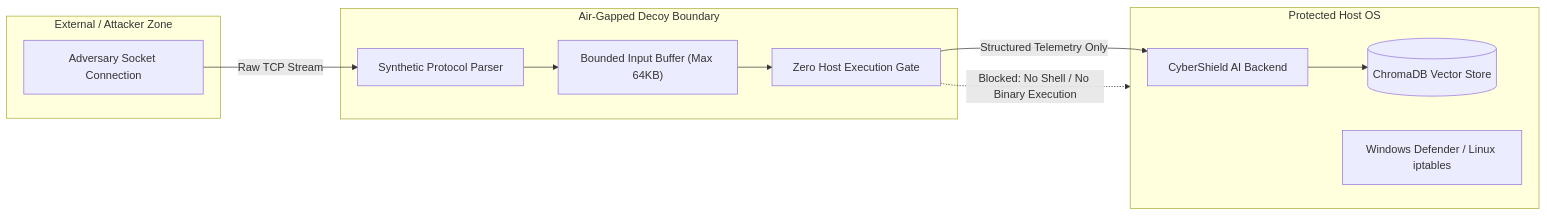
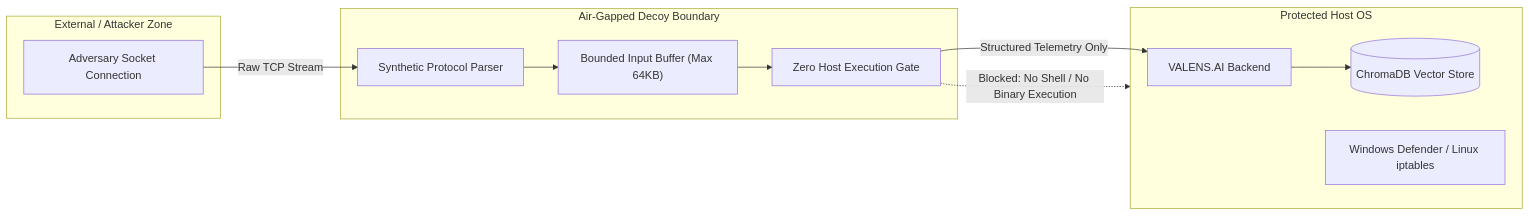
Before and after one commit to harkirat-data/CyberShield-AI-Hackathon: the second of 2 diagrams in README.md, drawn with Mermaid. The commit also changed other lines of this file and 47 other files, not shown here.

````diff
--- a/README.md
+++ b/README.md
@@ -85,25 +85,25 @@
 ```mermaid
 flowchart LR
     subgraph UntrustedNetwork ["External / Attacker Zone"]
         Scanner["Adversary Socket Connection"]
     end
 
     subgraph IsolationBoundary ["Air-Gapped Decoy Boundary"]
         Emulation["Synthetic Protocol Parser"]
         NoExecution["Zero Host Execution Gate"]
         PayloadBuffer["Bounded Input Buffer (Max 64KB)"]
     end
 
     subgraph HostSystem ["Protected Host OS"]
-        App["CyberShield AI Backend"]
+        App["VALENS.AI Backend"]
         VectorDB[("ChromaDB Vector Store")]
         HostFirewall["Windows Defender / Linux iptables"]
     end
 
     Scanner -->|Raw TCP Stream| Emulation
     Emulation --> PayloadBuffer
     PayloadBuffer --> NoExecution
     NoExecution -.->|Blocked: No Shell / No Binary Execution| HostSystem
     NoExecution -->|Structured Telemetry Only| App
     App --> VectorDB
 ```
````
